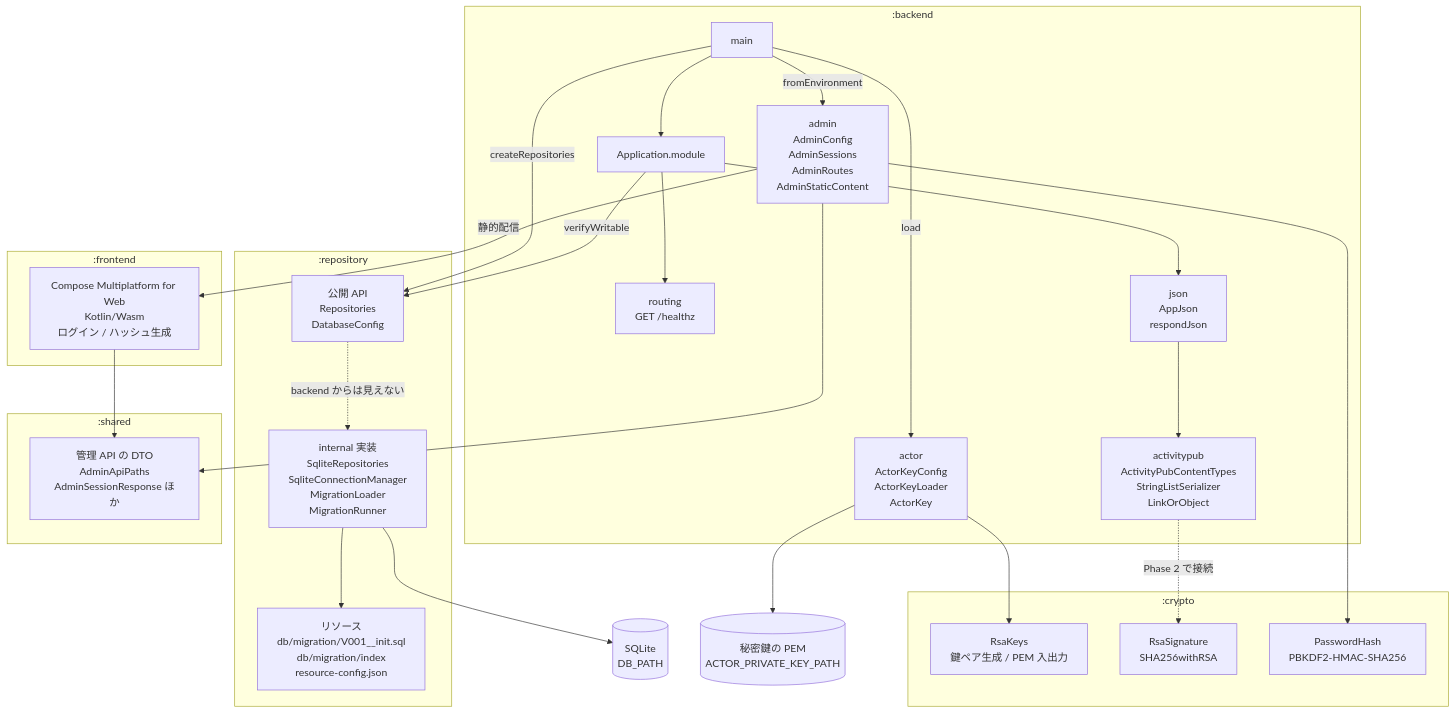
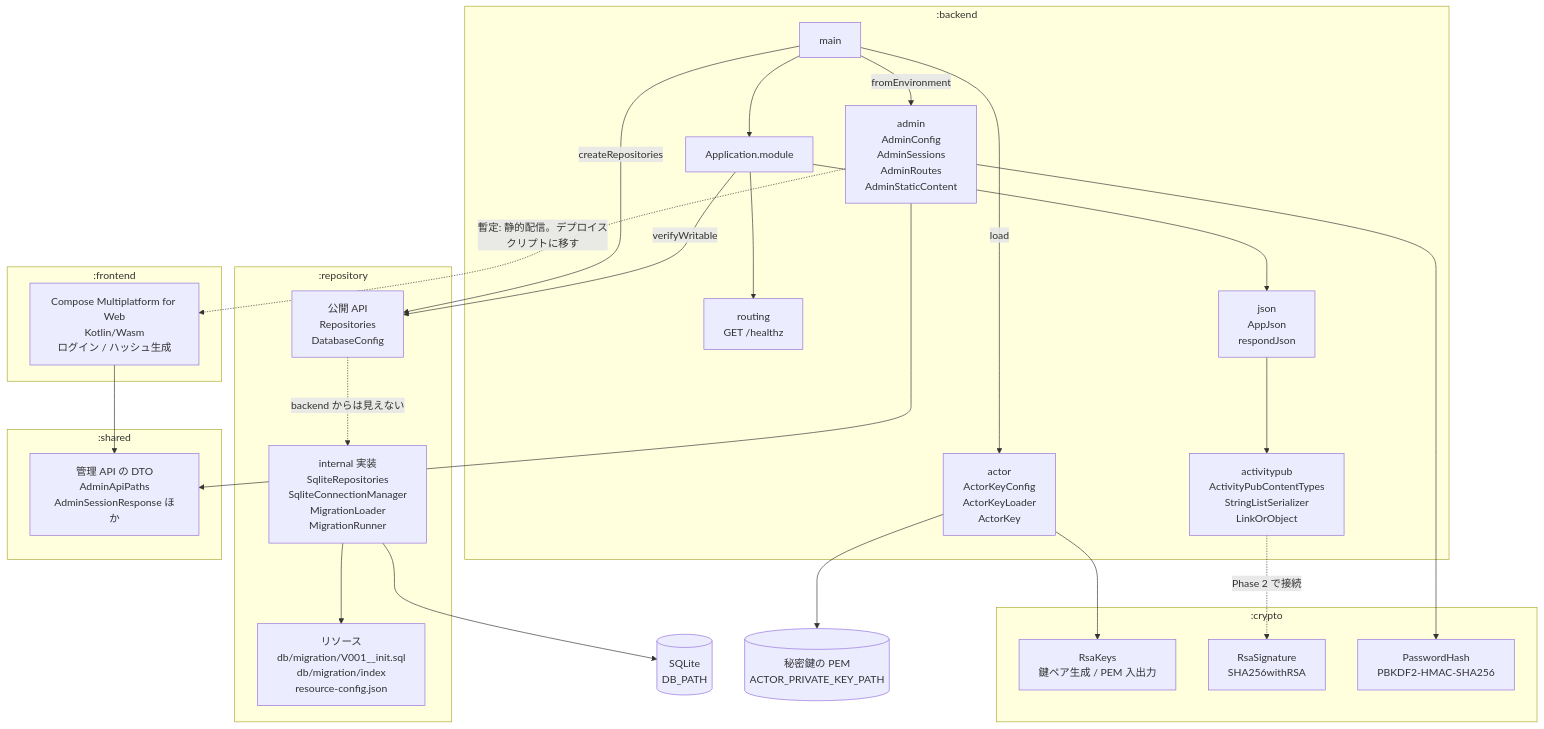
One commit to matsudamper/mastodon-rss changed the first of 2 diagrams in README.md. Above: the diagram before and after it, drawn with Mermaid. The commit also changed other lines of this file and 1 other file, not shown here.

````diff
--- a/README.md
+++ b/README.md
@@ -16,54 +16,54 @@
 ```mermaid
 flowchart TB
     subgraph backend[":backend"]
         main["main"]
         module["Application.module"]
         route["routing<br/>GET /healthz"]
         json["json<br/>AppJson<br/>respondJson"]
         ap["activitypub<br/>ActivityPubContentTypes<br/>StringListSerializer<br/>LinkOrObject"]
         actor["actor<br/>ActorKeyConfig<br/>ActorKeyLoader<br/>ActorKey"]
         admin["admin<br/>AdminConfig<br/>AdminSessions<br/>AdminRoutes<br/>AdminStaticContent"]
     end
 
     subgraph crypto[":crypto"]
         keys["RsaKeys<br/>鍵ペア生成 / PEM 入出力"]
         sign["RsaSignature<br/>SHA256withRSA"]
         pw["PasswordHash<br/>PBKDF2-HMAC-SHA256"]
     end
 
     subgraph repository[":repository"]
         api["公開 API<br/>Repositories<br/>DatabaseConfig"]
         impl["internal 実装<br/>SqliteRepositories<br/>SqliteConnectionManager<br/>MigrationLoader<br/>MigrationRunner"]
         res["リソース<br/>db/migration/V001__init.sql<br/>db/migration/index<br/>resource-config.json"]
     end
 
     subgraph shared[":shared"]
         dto["管理 API の DTO<br/>AdminApiPaths<br/>AdminSessionResponse ほか"]
     end
 
     subgraph frontend[":frontend"]
         compose["Compose Multiplatform for Web<br/>Kotlin/Wasm<br/>ログイン / ハッシュ生成"]
     end
 
     db[("SQLite<br/>DB_PATH")]
 
     main --> module
     module --> json
     module --> route
     json --> ap
     main -->|createRepositories| api
     main -->|load| actor
     main -->|fromEnvironment| admin
     module -->|verifyWritable| api
     api -.->|backend からは見えない| impl
     impl --> res
     impl --> db
     actor --> keys
     admin --> pw
     admin --> dto
     compose --> dto
-    admin -->|静的配信| compose
+    admin -.->|暫定: 静的配信。デプロイスクリプトに移す| compose
     ap -.->|Phase 2 で接続| sign
     key[("秘密鍵の PEM<br/>ACTOR_PRIVATE_KEY_PATH")]
     actor --> key
 ```
````
